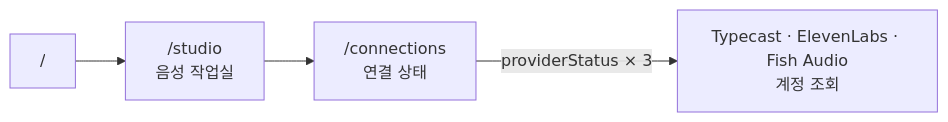
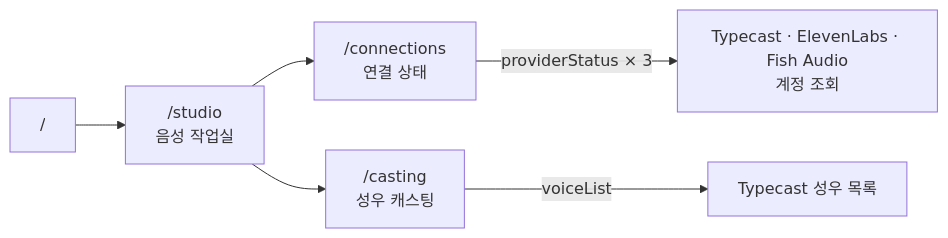
Before and after one commit to roadkwonai/omni-ai-tts: the diagram in docs/domain/project.md, drawn with Mermaid. The commit also changed other lines of this file and 52 other files, not shown here.

````diff
--- a/docs/domain/project.md
+++ b/docs/domain/project.md
@@ -18,6 +18,7 @@
 ```mermaid
 flowchart LR
   R["/"] --> S["/studio<br/>음성 작업실"]
   S --> C["/connections<br/>연결 상태"]
   C -->|providerStatus × 3| P["Typecast · ElevenLabs · Fish Audio<br/>계정 조회"]
+  S --> V["/casting<br/>성우 캐스팅"] -->|voiceList| T["Typecast 성우 목록"]
 ```
````
